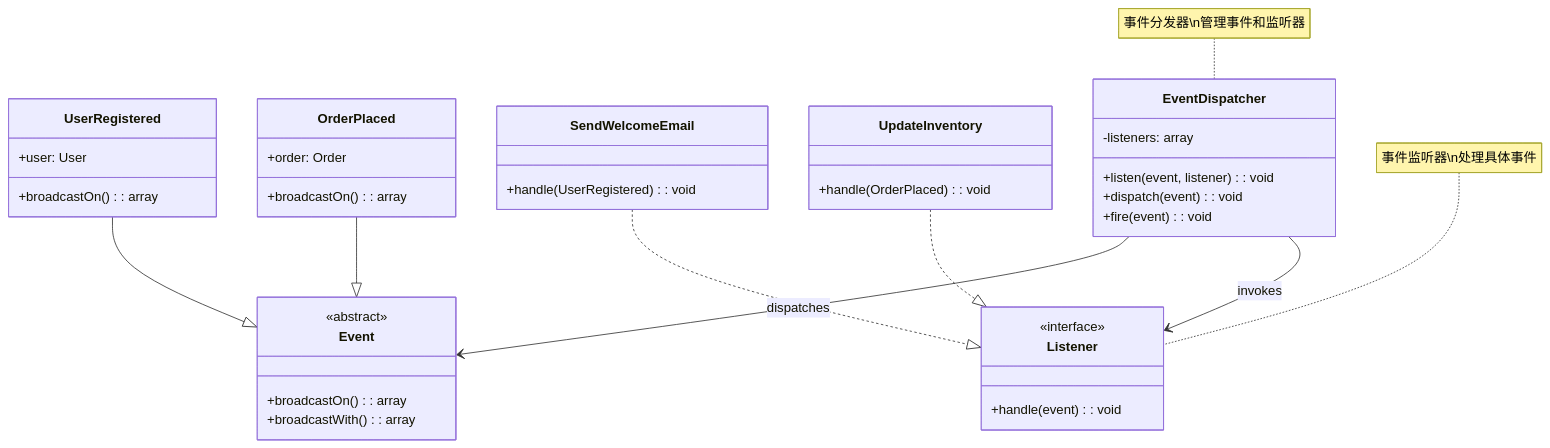
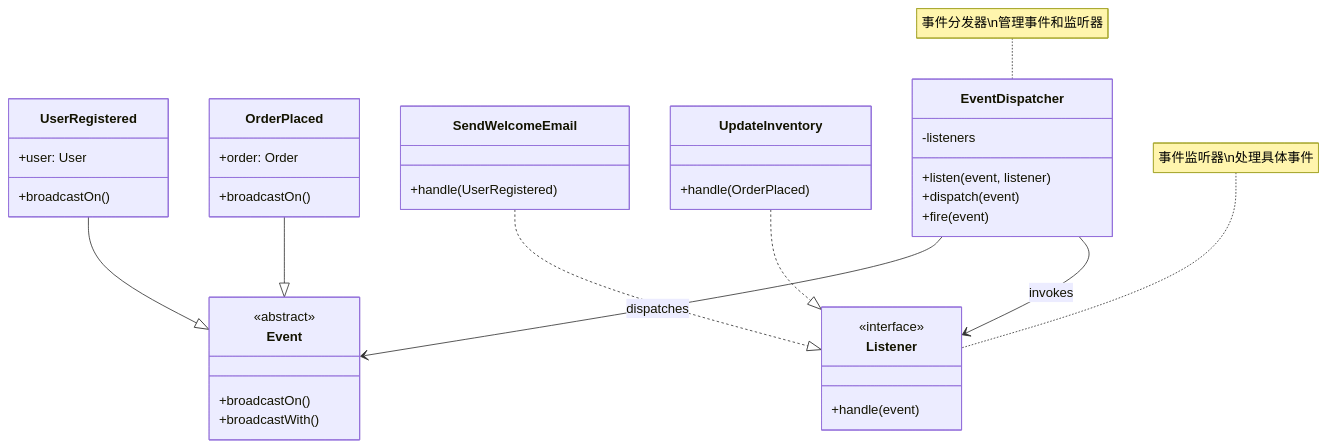
Before and after one commit to fanly/DesignPattern: the fifth of 5 diagrams in resources/design-patterns/laravel/behavioral/command_zh.md, drawn with Mermaid. The commit also changed other lines of this file and 103 other files, not shown here.

````diff
--- a/resources/design-patterns/laravel/behavioral/command_zh.md
+++ b/resources/design-patterns/laravel/behavioral/command_zh.md
@@ -185,49 +185,49 @@
 ```mermaid
 classDiagram
     class Event {
         <<abstract>>
-        +broadcastOn(): array
-        +broadcastWith(): array
+        +broadcastOn()
+        +broadcastWith()
     }
     
     class UserRegistered {
         +user: User
-        +broadcastOn(): array
+        +broadcastOn()
     }
     
     class OrderPlaced {
         +order: Order
-        +broadcastOn(): array
+        +broadcastOn()
     }
     
     class Listener {
         <<interface>>
-        +handle(event): void
+        +handle(event)
     }
     
     class SendWelcomeEmail {
-        +handle(UserRegistered): void
+        +handle(UserRegistered)
     }
     
     class UpdateInventory {
-        +handle(OrderPlaced): void
+        +handle(OrderPlaced)
     }
     
     class EventDispatcher {
-        -listeners: array
-        +listen(event, listener): void
-        +dispatch(event): void
-        +fire(event): void
+        -listeners
+        +listen(event, listener)
+        +dispatch(event)
+        +fire(event)
     }
     
     UserRegistered --|> Event
     OrderPlaced --|> Event
     SendWelcomeEmail ..|> Listener
     UpdateInventory ..|> Listener
     
     EventDispatcher --> Event : dispatches
     EventDispatcher --> Listener : invokes
     
     note for EventDispatcher "事件分发器\n管理事件和监听器"
     note for Listener "事件监听器\n处理具体事件"
 ```
````
